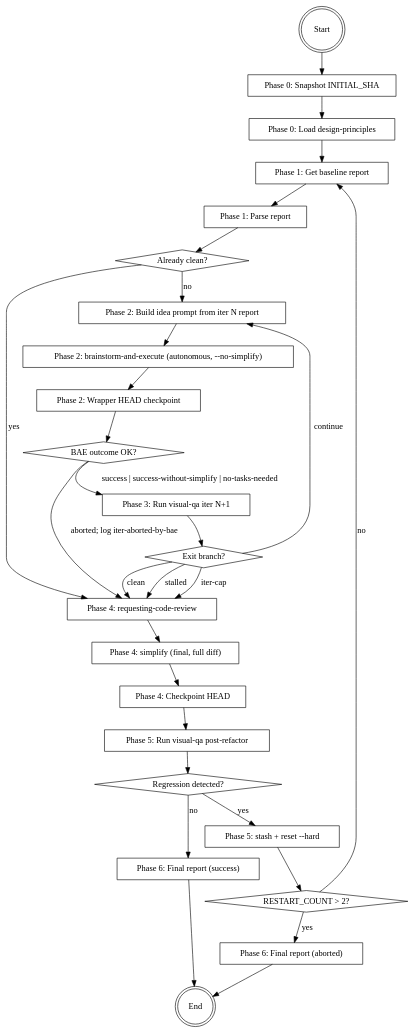
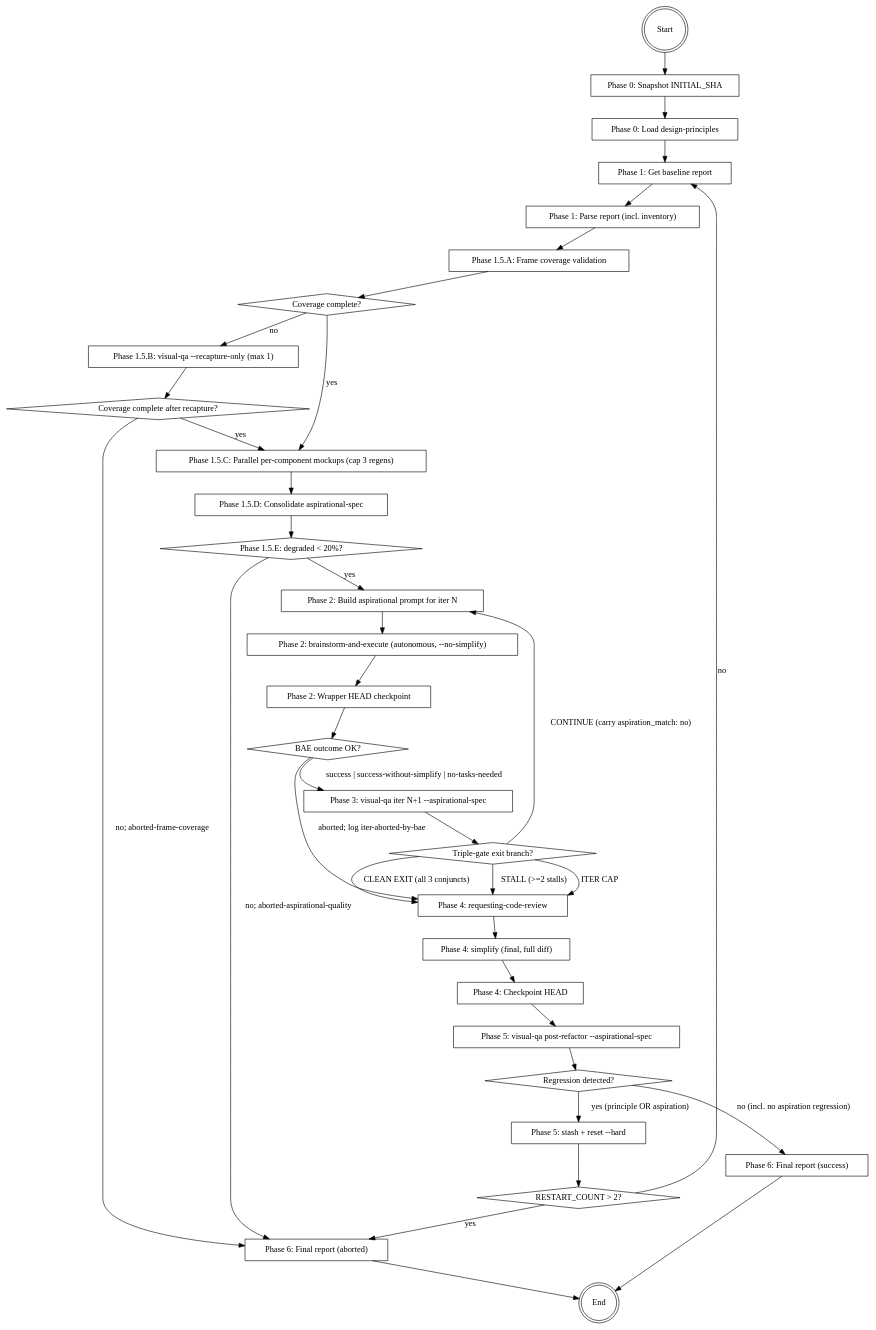
The diagram in visual-refine/SKILL.md (AlexandreCamillo/skills), drawn with Graphviz before and after one commit. The commit also changed other lines of this file and 2 other files, not shown here.

First line of the commit message:
feat(visual-refine): add Phase 1.5 aspirational redesign and triple-gate Phase 3 exit

````diff
--- a/visual-refine/SKILL.md
+++ b/visual-refine/SKILL.md
@@ -118,46 +270,58 @@
 ```dot
 digraph visual_refine {
     "Start" [shape=doublecircle];
     "Phase 0: Snapshot INITIAL_SHA" [shape=box];
     "Phase 0: Load design-principles" [shape=box];
     "Phase 1: Get baseline report" [shape=box];
-    "Phase 1: Parse report" [shape=box];
-    "Already clean?" [shape=diamond];
-    "Phase 2: Build idea prompt from iter N report" [shape=box];
+    "Phase 1: Parse report (incl. inventory)" [shape=box];
+    "Phase 1.5.A: Frame coverage validation" [shape=box];
+    "Coverage complete?" [shape=diamond];
+    "Phase 1.5.B: visual-qa --recapture-only (max 1)" [shape=box];
+    "Coverage complete after recapture?" [shape=diamond];
+    "Phase 1.5.C: Parallel per-component mockups (cap 3 regens)" [shape=box];
+    "Phase 1.5.D: Consolidate aspirational-spec" [shape=box];
+    "Phase 1.5.E: degraded < 20%?" [shape=diamond];
+    "Phase 2: Build aspirational prompt for iter N" [shape=box];
     "Phase 2: brainstorm-and-execute (autonomous, --no-simplify)" [shape=box];
     "Phase 2: Wrapper HEAD checkpoint" [shape=box];
     "BAE outcome OK?" [shape=diamond];
-    "Phase 3: Run visual-qa iter N+1" [shape=box];
-    "Exit branch?" [shape=diamond];
+    "Phase 3: visual-qa iter N+1 --aspirational-spec" [shape=box];
+    "Triple-gate exit branch?" [shape=diamond];
     "Phase 4: requesting-code-review" [shape=box];
     "Phase 4: simplify (final, full diff)" [shape=box];
     "Phase 4: Checkpoint HEAD" [shape=box];
-    "Phase 5: Run visual-qa post-refactor" [shape=box];
+    "Phase 5: visual-qa post-refactor --aspirational-spec" [shape=box];
     "Regression detected?" [shape=diamond];
     "Phase 5: stash + reset --hard" [shape=box];
     "RESTART_COUNT > 2?" [shape=diamond];
     "Phase 6: Final report (aborted)" [shape=box];
     "Phase 6: Final report (success)" [shape=box];
     "End" [shape=doublecircle];
 
-    "Start" -> "Phase 0: Snapshot INITIAL_SHA" -> "Phase 0: Load design-principles" -> "Phase 1: Get baseline report" -> "Phase 1: Parse report" -> "Already clean?";
-    "Already clean?" -> "Phase 4: requesting-code-review" [label="yes"];
-    "Already clean?" -> "Phase 2: Build idea prompt from iter N report" [label="no"];
-    "Phase 2: Build idea prompt from iter N report" -> "Phase 2: brainstorm-and-execute (autonomous, --no-simplify)" -> "Phase 2: Wrapper HEAD checkpoint" -> "BAE outcome OK?";
-    "BAE outcome OK?" -> "Phase 3: Run visual-qa iter N+1" [label="success | success-without-simplify | no-tasks-needed"];
+    "Start" -> "Phase 0: Snapshot INITIAL_SHA" -> "Phase 0: Load design-principles" -> "Phase 1: Get baseline report" -> "Phase 1: Parse report (incl. inventory)" -> "Phase 1.5.A: Frame coverage validation" -> "Coverage complete?";
+    "Coverage complete?" -> "Phase 1.5.C: Parallel per-component mockups (cap 3 regens)" [label="yes"];
+    "Coverage complete?" -> "Phase 1.5.B: visual-qa --recapture-only (max 1)" [label="no"];
+    "Phase 1.5.B: visual-qa --recapture-only (max 1)" -> "Coverage complete after recapture?";
+    "Coverage complete after recapture?" -> "Phase 1.5.C: Parallel per-component mockups (cap 3 regens)" [label="yes"];
+    "Coverage complete after recapture?" -> "Phase 6: Final report (aborted)" [label="no; aborted-frame-coverage"];
+    "Phase 1.5.C: Parallel per-component mockups (cap 3 regens)" -> "Phase 1.5.D: Consolidate aspirational-spec" -> "Phase 1.5.E: degraded < 20%?";
+    "Phase 1.5.E: degraded < 20%?" -> "Phase 2: Build aspirational prompt for iter N" [label="yes"];
+    "Phase 1.5.E: degraded < 20%?" -> "Phase 6: Final report (aborted)" [label="no; aborted-aspirational-quality"];
+    "Phase 2: Build aspirational prompt for iter N" -> "Phase 2: brainstorm-and-execute (autonomous, --no-simplify)" -> "Phase 2: Wrapper HEAD checkpoint" -> "BAE outcome OK?";
+    "BAE outcome OK?" -> "Phase 3: visual-qa iter N+1 --aspirational-spec" [label="success | success-without-simplify | no-tasks-needed"];
     "BAE outcome OK?" -> "Phase 4: requesting-code-review" [label="aborted; log iter-aborted-by-bae"];
-    "Phase 3: Run visual-qa iter N+1" -> "Exit branch?";
-    "Exit branch?" -> "Phase 4: requesting-code-review" [label="clean"];
-    "Exit branch?" -> "Phase 4: requesting-code-review" [label="stalled"];
-    "Exit branch?" -> "Phase 4: requesting-code-review" [label="iter-cap"];
-    "Exit branch?" -> "Phase 2: Build idea prompt from iter N report" [label="continue"];
-    "Phase 4: requesting-code-review" -> "Phase 4: simplify (final, full diff)" -> "Phase 4: Checkpoint HEAD" -> "Phase 5: Run visual-qa post-refactor" -> "Regression detected?";
-    "Regression detected?" -> "Phase 6: Final report (success)" [label="no"];
-    "Regression detected?" -> "Phase 5: stash + reset --hard" [label="yes"];
+    "Phase 3: visual-qa iter N+1 --aspirational-spec" -> "Triple-gate exit branch?";
+    "Triple-gate exit branch?" -> "Phase 4: requesting-code-review" [label="CLEAN EXIT (all 3 conjuncts)"];
+    "Triple-gate exit branch?" -> "Phase 4: requesting-code-review" [label="STALL (>=2 stalls)"];
+    "Triple-gate exit branch?" -> "Phase 4: requesting-code-review" [label="ITER CAP"];
+    "Triple-gate exit branch?" -> "Phase 2: Build aspirational prompt for iter N" [label="CONTINUE (carry aspiration_match: no)"];
+    "Phase 4: requesting-code-review" -> "Phase 4: simplify (final, full diff)" -> "Phase 4: Checkpoint HEAD" -> "Phase 5: visual-qa post-refactor --aspirational-spec" -> "Regression detected?";
+    "Regression detected?" -> "Phase 6: Final report (success)" [label="no (incl. no aspiration regression)"];
+    "Regression detected?" -> "Phase 5: stash + reset --hard" [label="yes (principle OR aspiration)"];
     "Phase 5: stash + reset --hard" -> "RESTART_COUNT > 2?";
     "RESTART_COUNT > 2?" -> "Phase 6: Final report (aborted)" [label="yes"];
     "RESTART_COUNT > 2?" -> "Phase 1: Get baseline report" [label="no"];
     "Phase 6: Final report (success)" -> "End";
     "Phase 6: Final report (aborted)" -> "End";
 }
 ```
````
